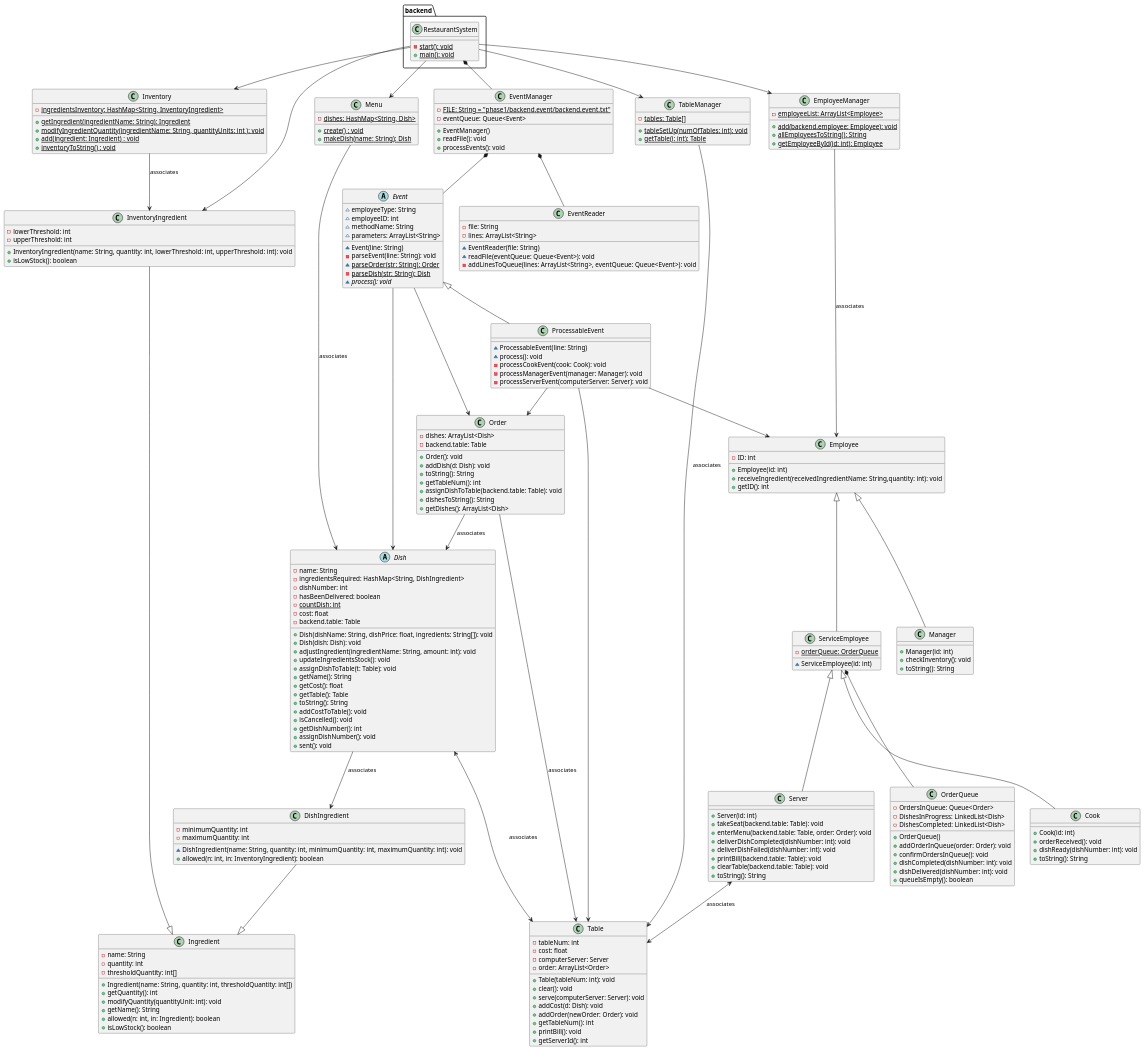
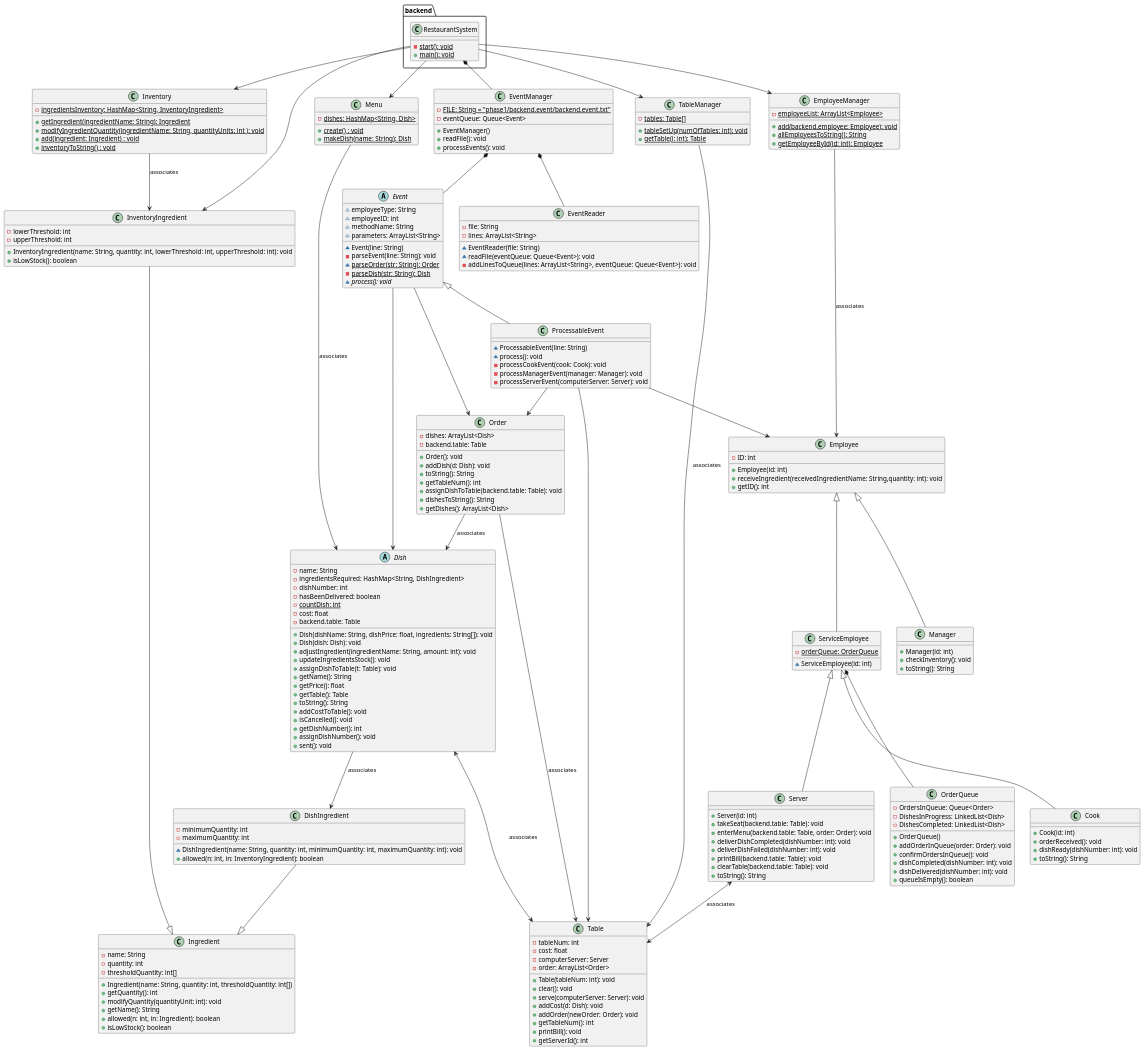
One commit to billangli/RestaurantSystem changed the diagram in phase2/etc/phase1uml.puml. Above: the diagram before and after it, drawn with PlantUML. The commit also changed 6 other files, not shown here.

Commit message:
- Polished the javadoc for DishRecipe - Changed the name of the DishRecipe.getCost() method to DishRecipe.getPrice()

```diff
--- a/phase2/etc/phase1uml.puml
+++ b/phase2/etc/phase1uml.puml
@@ -119,7 +119,7 @@
 + updateIngredientsStock(): void
 + assignDishToTable(t: Table): void
 + getName(): String
-+ getCost(): float
++ getPrice(): float
 + getTable(): Table
 + toString(): String
 + addCostToTable(): void
```
